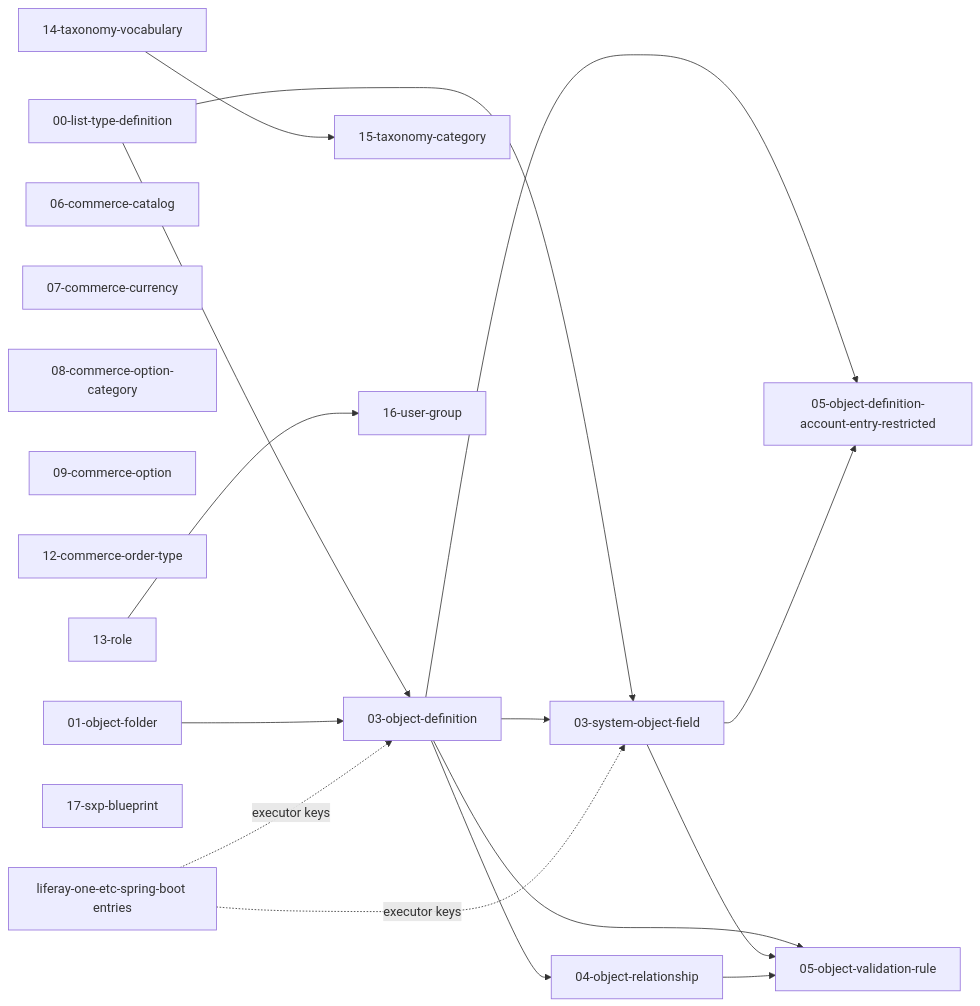
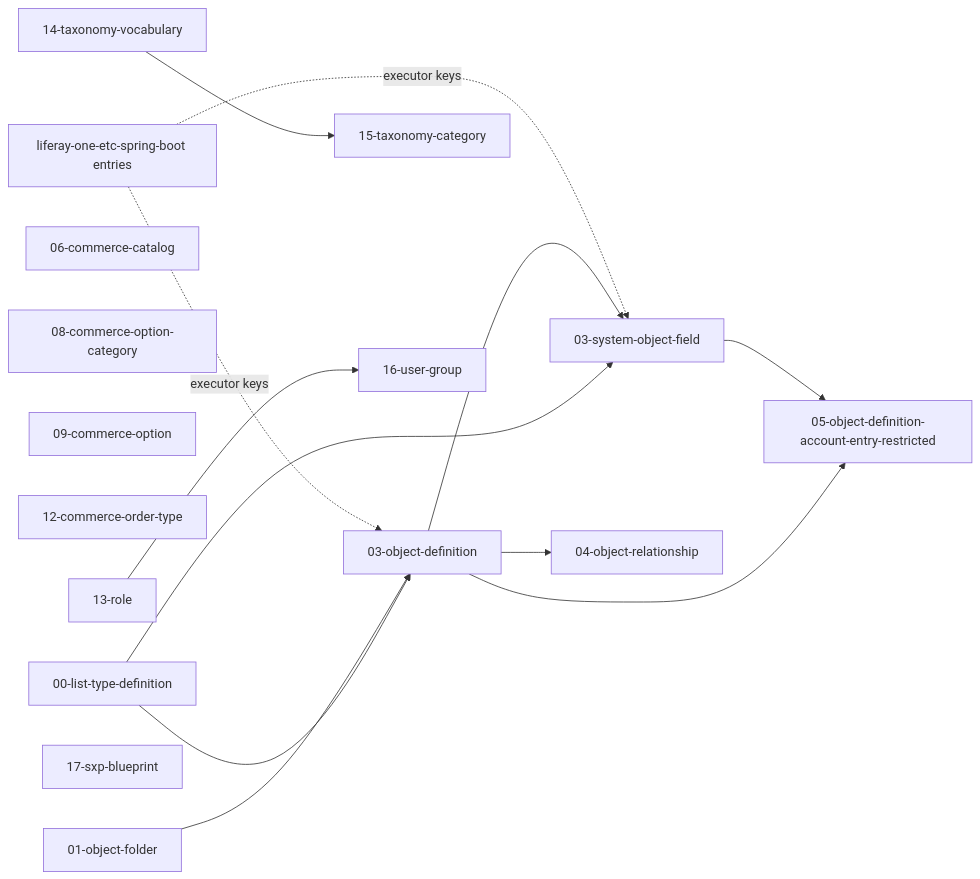
One commit to liferay-one/liferay-portal changed the second of 2 diagrams in workspaces/liferay-one-workspace/specs/technical/provisioning.md. Above: the diagram before and after it, drawn with Mermaid. The commit also changed other lines of this file and 4 other files, not shown here.

First line of the commit message:
LPD-95368 Stop the batch job from failing on a currency or a rule that exists

````diff
--- a/workspaces/liferay-one-workspace/specs/technical/provisioning.md
+++ b/workspaces/liferay-one-workspace/specs/technical/provisioning.md
@@ -161,35 +159,30 @@
 ```mermaid
 flowchart LR
     F00["00-list-type-definition"]
     F01["01-object-folder"]
     F03["03-object-definition"]
     F03s["03-system-object-field"]
     F04["04-object-relationship"]
     F05["05-object-definition-account-entry-restricted"]
-    F05b["05-object-validation-rule"]
     F06["06-commerce-catalog"]
-    F07["07-commerce-currency"]
     F08["08-commerce-option-category"]
     F09["09-commerce-option"]
     F12["12-commerce-order-type"]
     F13["13-role"]
     F14["14-taxonomy-vocabulary"]
     F15["15-taxonomy-category"]
     F16["16-user-group"]
     F17["17-sxp-blueprint"]
     SB["liferay-one-etc-spring-boot entries"]
     F00 --> F03
     F00 --> F03s
     F01 --> F03
     F03 --> F03s
     F03 --> F04
     F03 --> F05
-    F03 --> F05b
     F03s --> F05
-    F03s --> F05b
-    F04 --> F05b
     F13 --> F16
     F14 --> F15
     SB -. "executor keys" .-> F03s
     SB -. "executor keys" .-> F03
 ```
````
